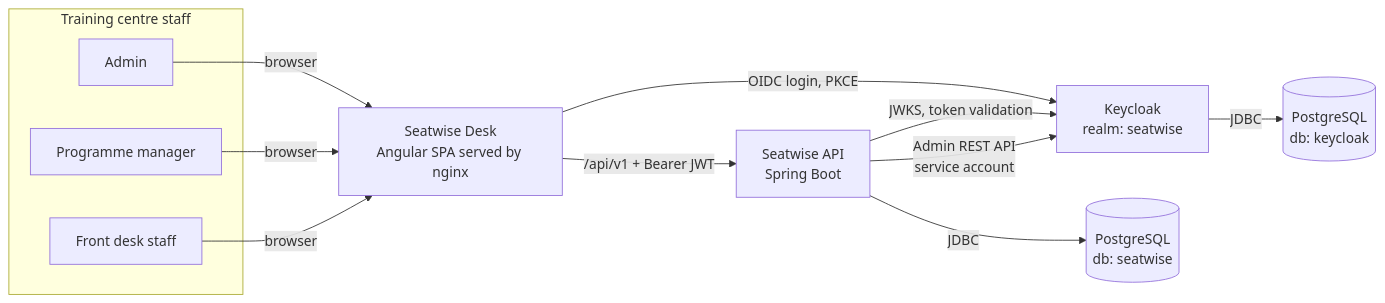
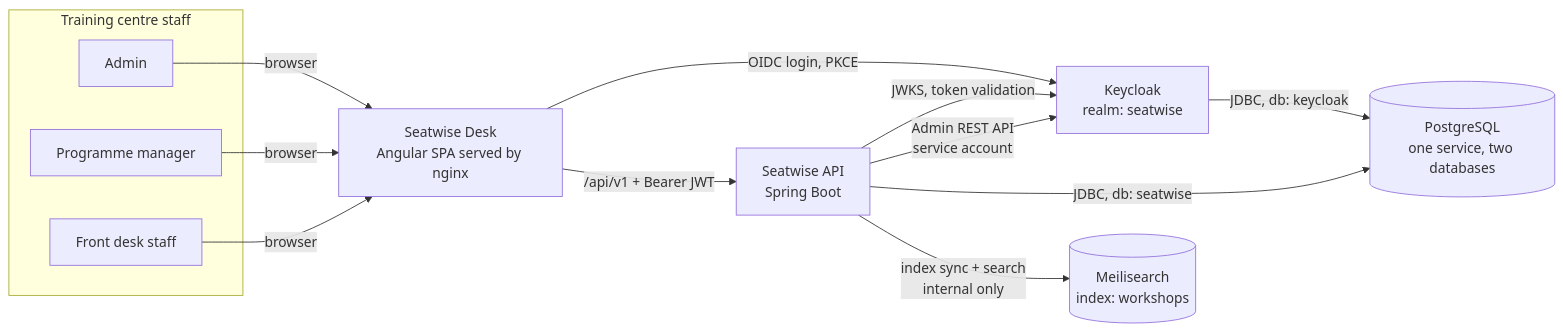
One commit to ayeshdev/seatwise changed the first of 4 diagrams in docs/architecture.md. Above: the diagram before and after it, drawn with Mermaid. The commit also changed other lines of this file and 14 other files, not shown here.

````diff
--- a/docs/architecture.md
+++ b/docs/architecture.md
@@ -60,16 +65,17 @@
 ```mermaid
 flowchart LR
     subgraph Centre["Training centre staff"]
         A[Admin]
         M[Programme manager]
         S[Front desk staff]
     end
 
     A & M & S -->|browser| DESK[Seatwise Desk<br/>Angular SPA served by nginx]
     DESK -->|OIDC login, PKCE| IDP[Keycloak<br/>realm: seatwise]
     DESK -->|/api/v1 + Bearer JWT| API[Seatwise API<br/>Spring Boot]
     API -->|JWKS, token validation| IDP
     API -->|Admin REST API<br/>service account| IDP
-    API -->|JDBC| DB[(PostgreSQL<br/>db: seatwise)]
-    IDP -->|JDBC| KDB[(PostgreSQL<br/>db: keycloak)]
+    API -->|JDBC, db: seatwise| DB[(PostgreSQL<br/>one service, two databases)]
+    API -->|index sync + search<br/>internal only| MS[(Meilisearch<br/>index: workshops)]
+    IDP -->|JDBC, db: keycloak| DB
 ```
````
